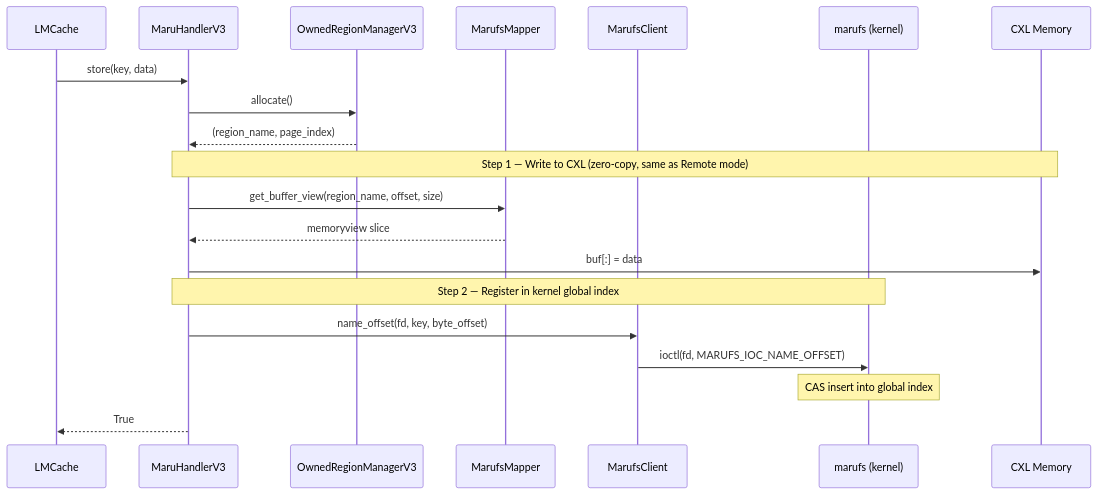
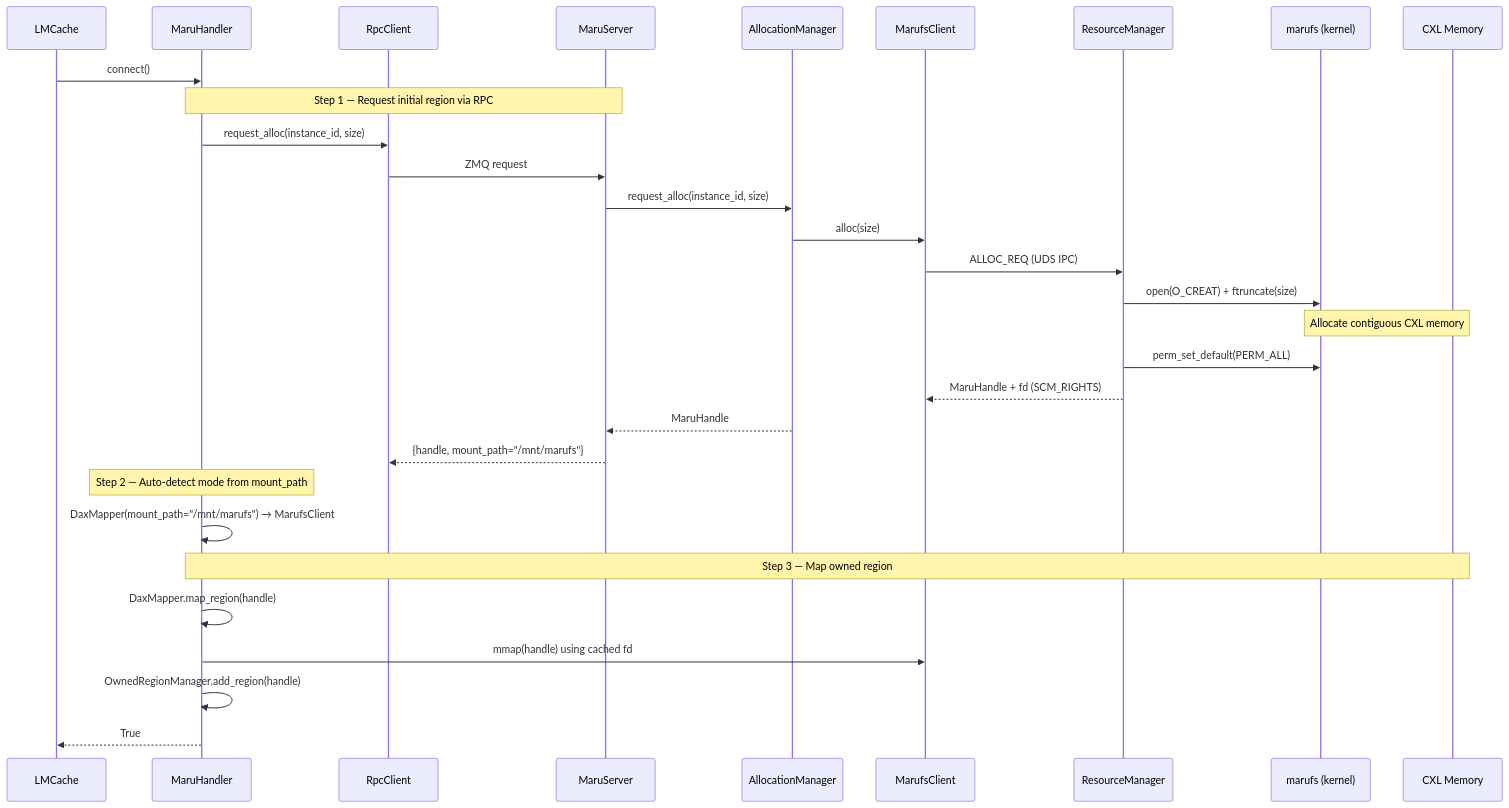
The third of 8 diagrams in docs/source/design_doc/maru_fs.md (xcena-dev/maru), drawn with Mermaid before and after one commit. The commit also changed other lines of this file and 68 other files, not shown here.

Commit message:
feat: add marufs client library for CXL shared memory via VFS

````diff
--- a/docs/source/design_doc/maru_fs.md
+++ b/docs/source/design_doc/maru_fs.md
@@ -94,26 +110,37 @@
 ```mermaid
 sequenceDiagram
     participant C as LMCache
-    participant H as MaruHandlerV3
-    participant ORM as OwnedRegionManagerV3
-    participant XM as MarufsMapper
+    participant H as MaruHandler
+    participant RPC as RpcClient
+    participant S as MaruServer
+    participant AM as AllocationManager
     participant XC as MarufsClient
+    participant RM as ResourceManager
     participant K as marufs (kernel)
     participant CXL as CXL Memory
 
-    C->>H: store(key, data)
-    H->>ORM: allocate()
-    ORM-->>H: (region_name, page_index)
+    C->>H: connect()
 
-    Note over H,CXL: Step 1 — Write to CXL (zero-copy, same as Remote mode)
-    H->>XM: get_buffer_view(region_name, offset, size)
-    XM-->>H: memoryview slice
-    H->>CXL: buf[:] = data
+    Note over H,S: Step 1 — Request initial region via RPC
+    H->>RPC: request_alloc(instance_id, size)
+    RPC->>S: ZMQ request
+    S->>AM: request_alloc(instance_id, size)
+    AM->>XC: alloc(size)
+    XC->>RM: ALLOC_REQ (UDS IPC)
+    RM->>K: open(O_CREAT) + ftruncate(size)
+    Note over K,CXL: Allocate contiguous CXL memory
+    RM->>K: perm_set_default(PERM_ALL)
+    RM-->>XC: MaruHandle + fd (SCM_RIGHTS)
+    AM-->>S: MaruHandle
+    S-->>RPC: {handle, mount_path="/mnt/marufs"}
 
-    Note over H,K: Step 2 — Register in kernel global index
-    H->>XC: name_offset(fd, key, byte_offset)
-    XC->>K: ioctl(fd, MARUFS_IOC_NAME_OFFSET)
-    Note over K: CAS insert into global index
+    Note over H: Step 2 — Auto-detect mode from mount_path
+    H->>H: DaxMapper(mount_path="/mnt/marufs") → MarufsClient
+
+    Note over H,CXL: Step 3 — Map owned region
+    H->>H: DaxMapper.map_region(handle)
+    H->>XC: mmap(handle) using cached fd
+    H->>H: OwnedRegionManager.add_region(handle)
 
     H-->>C: True
 ```
````
